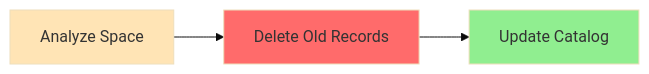
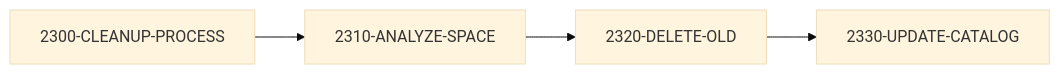
One commit to haladir-com/legacy-benchmark-docs-vb70e1 changed the third of 5 diagrams in docs/programs/UTLMNT00.mdx. Above: the diagram before and after it, drawn with Mermaid (base theme). The commit also changed other lines of this file and 63 other files, not shown here.

````diff
--- a/docs/programs/UTLMNT00.mdx
+++ b/docs/programs/UTLMNT00.mdx
@@ -297,9 +218,6 @@
 ```mermaid
 flowchart LR
-    A[Analyze Space] --> B[Delete Old Records]
-    B --> C[Update Catalog]
-    
-    style A fill:#FFE4B5
-    style B fill:#FF6B6B
-    style C fill:#90EE90
+    A[2300-CLEANUP-PROCESS] --> B[2310-ANALYZE-SPACE]
+    B --> C[2320-DELETE-OLD]
+    C --> D[2330-UPDATE-CATALOG]
 ```
````
